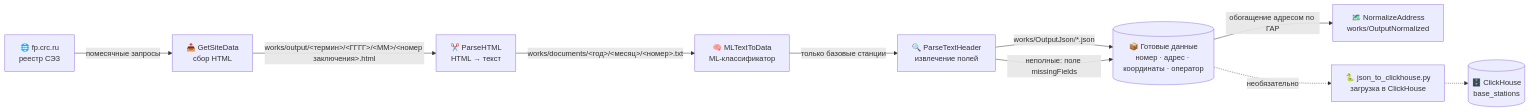
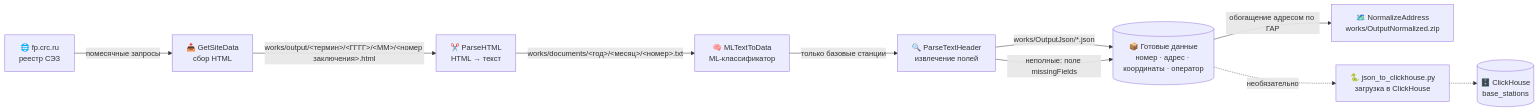
One commit to akprof2000/Get-data-from-fp.crc.ru changed the first of 6 diagrams in README.md. Above: the diagram before and after it, drawn with Mermaid. The commit also changed other lines of this file and 3 other files, not shown here.

````diff
--- a/README.md
+++ b/README.md
@@ -17,12 +17,12 @@
 ```mermaid
 flowchart LR
     A[🌐 fp.crc.ru<br>реестр СЭЗ] -->|помесячные запросы| B[📥 GetSiteData<br>сбор HTML]
     B -->|"works/output/&lt;термин&gt;/&lt;ГГГГ&gt;/&lt;ММ&gt;/&lt;номер заключения&gt;.html"| C[✂️ ParseHTML<br>HTML → текст]
     C -->|"works/documents/&lt;год&gt;/&lt;месяц&gt;/&lt;номер&gt;.txt"| D[🧠 MLTextToData<br>ML-классификатор]
     D -->|только базовые станции| E[🔍 ParseTextHeader<br>извлечение полей]
     E -->|"works/OutputJson/*.json"| F[(📦 Готовые данные<br>номер · адрес · координаты · оператор)]
     E -->|неполные: поле missingFields| F
-    F -->|обогащение адресом по ГАР| N[🗺️ NormalizeAddress<br>works/OutputNormalized]
+    F -->|обогащение адресом по ГАР| N[🗺️ NormalizeAddress<br>works/OutputNormalized.zip]
     F -.->|необязательно| H[🐍 json_to_clickhouse.py<br>загрузка в ClickHouse]
     H -.-> I[(🗄️ ClickHouse<br>base_stations)]
 ```
````
